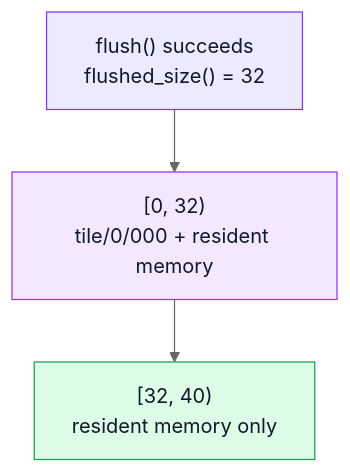
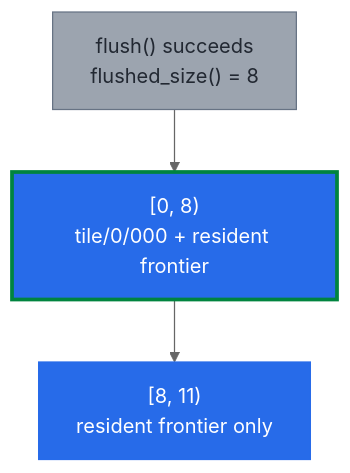
The eighth of 20 diagrams in doc/tiles-illustrated.rst (microsoft/merklecpp), drawn with Mermaid (neutral theme) before and after one commit. The commit also changed other lines of this file, not shown here.

```diff
--- a/doc/tiles-illustrated.rst
+++ b/doc/tiles-illustrated.rst
@@ -290,13 +288,13 @@
 .. mermaid::
 
    flowchart TB
-     F["flush() succeeds<br/>flushed_size() = 32"]:::computed
-     B["[0, 32)<br/>tile/0/000 + resident memory"]:::both
-     M["[32, 40)<br/>resident memory only"]:::memory
+     F["flush() succeeds<br/>flushed_size() = 8"]:::computed
+     B["[0, 8)<br/>tile/0/000 + resident frontier"]:::both
+     M["[8, 11)<br/>resident frontier only"]:::memory
 
      F --> B
      B --> M
 
-     classDef memory fill:#dcfce7,stroke:#16a34a,color:#111827
-     classDef both fill:#f3e8ff,stroke:#9333ea,color:#111827
-     classDef computed fill:#ede9fe,stroke:#7c3aed,color:#111827
+     classDef memory fill:#276be9,stroke:#276be9,color:#ffffff
+     classDef both fill:#276be9,stroke:#00843f,stroke-width:3px,color:#ffffff
+     classDef computed fill:#9ca4af,stroke:#677384,color:#222832
```
